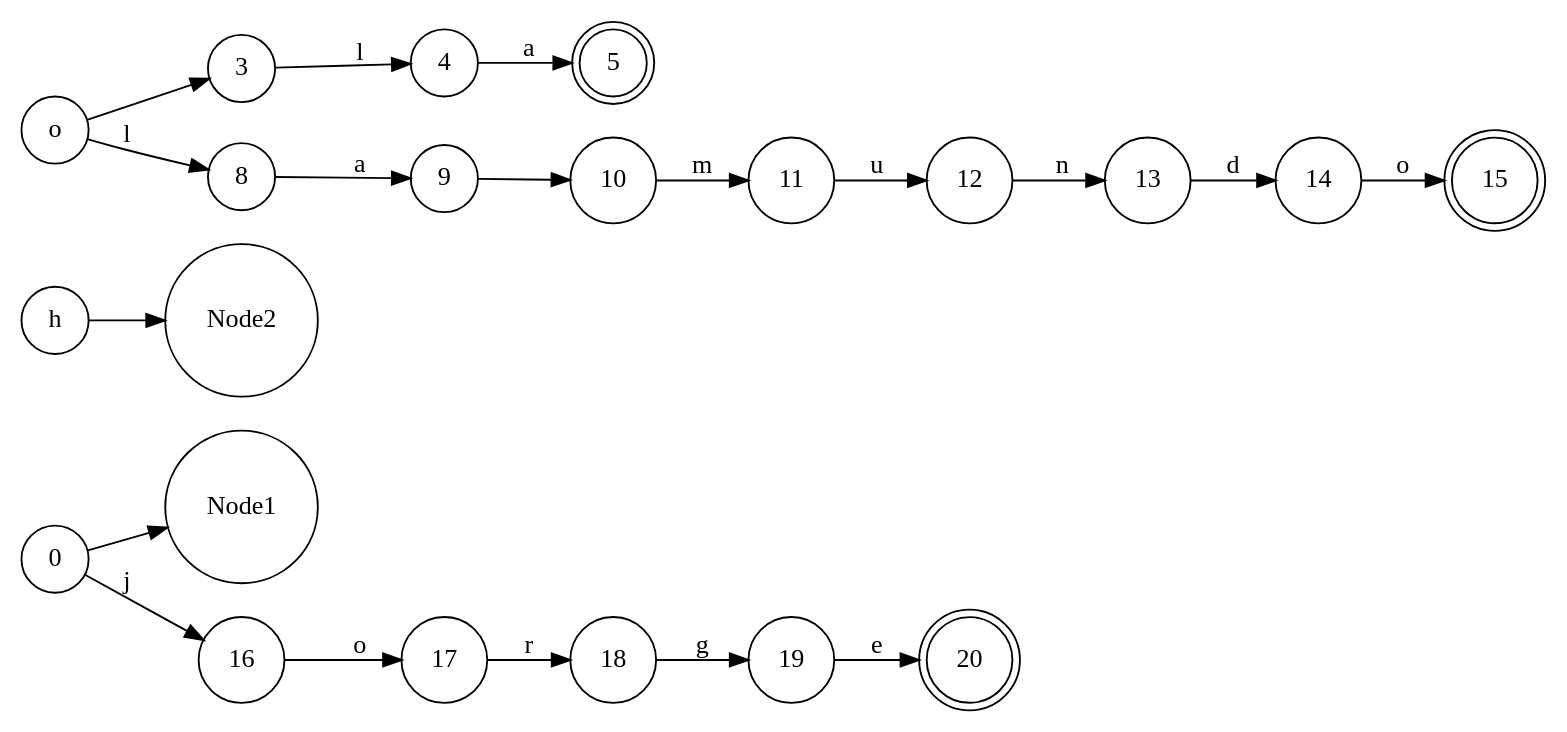
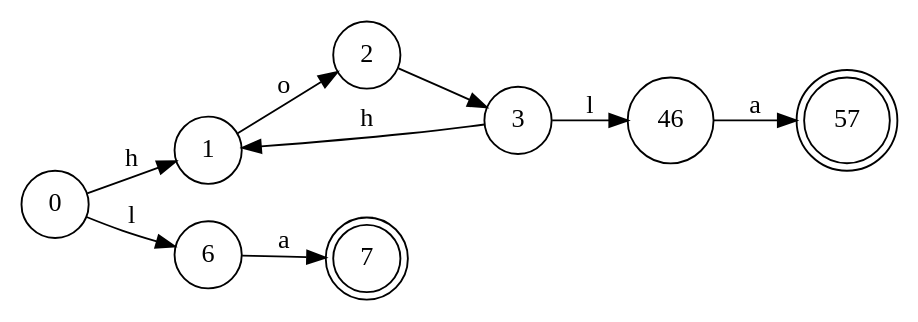
Before and after one commit to GdeAchaval/automaton: the diagram in src/files/testDet.dot, drawn with Graphviz. The commit also changed 8 other files, not shown here.

```diff
--- a/src/files/testDet.dot
+++ b/src/files/testDet.dot
@@ -1,43 +1,22 @@
 digraph {
 rankdir = "LR";
 // NODES
 node [shape=circle] Node0[label="0"];
-node [shape=circle] Node1 6[label="1 6"];
-node [shape=circle] Node16[label="16"];
-node [shape=circle] Node2 7[label="2 7"];
-node [shape=circle] Node17[label="17"];
+node [shape=circle] Node1[label="1"];
+node [shape=circle] Node6[label="6"];
+node [shape=circle] Node2[label="2"];
+node [shape=doublecircle] Node7[label="7"];
 node [shape=circle] Node3[label="3"];
-node [shape=circle] Node8[label="8"];
-node [shape=circle] Node18[label="18"];
-node [shape=circle] Node4[label="4"];
-node [shape=circle] Node9[label="9"];
-node [shape=circle] Node19[label="19"];
-node [shape=doublecircle] Node5[label="5"];
-node [shape=circle] Node10[label="10"];
-node [shape=doublecircle] Node20[label="20"];
-node [shape=circle] Node11[label="11"];
-node [shape=circle] Node12[label="12"];
-node [shape=circle] Node13[label="13"];
-node [shape=circle] Node14[label="14"];
-node [shape=doublecircle] Node15[label="15"];
+node [shape=circle] Node46[label="46"];
+node [shape=doublecircle] Node57[label="57"];
 
 // TRANSITIONS
-Node0 -> Node1 6 [label="h"];
-Node0 -> Node16 [label="j"];
-Node1 6 -> Node2 7 [label="o"];
-Node16 -> Node17 [label="o"];
-Node2 7 -> Node3 [label=" "];
-Node2 7 -> Node8 [label="l"];
-Node17 -> Node18 [label="r"];
-Node3 -> Node4 [label="l"];
-Node8 -> Node9 [label="a"];
-Node18 -> Node19 [label="g"];
-Node4 -> Node5 [label="a"];
-Node9 -> Node10 [label=" "];
-Node19 -> Node20 [label="e"];
-Node10 -> Node11 [label="m"];
-Node11 -> Node12 [label="u"];
-Node12 -> Node13 [label="n"];
-Node13 -> Node14 [label="d"];
-Node14 -> Node15 [label="o"];
+Node0 -> Node1 [label="h"];
+Node0 -> Node6 [label="l"];
+Node1 -> Node2 [label="o"];
+Node6 -> Node7 [label="a"];
+Node2 -> Node3 [label=" "];
+Node3 -> Node1 [label="h"];
+Node3 -> Node46 [label="l"];
+Node46 -> Node57 [label="a"];
 }
```
